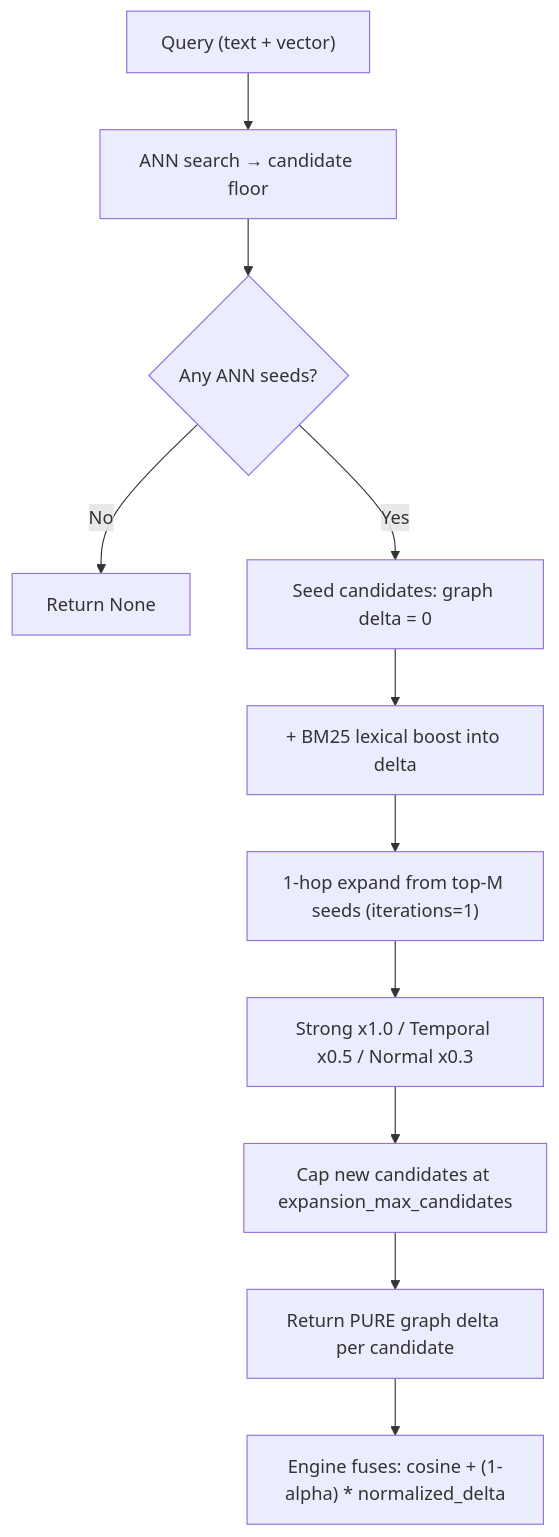
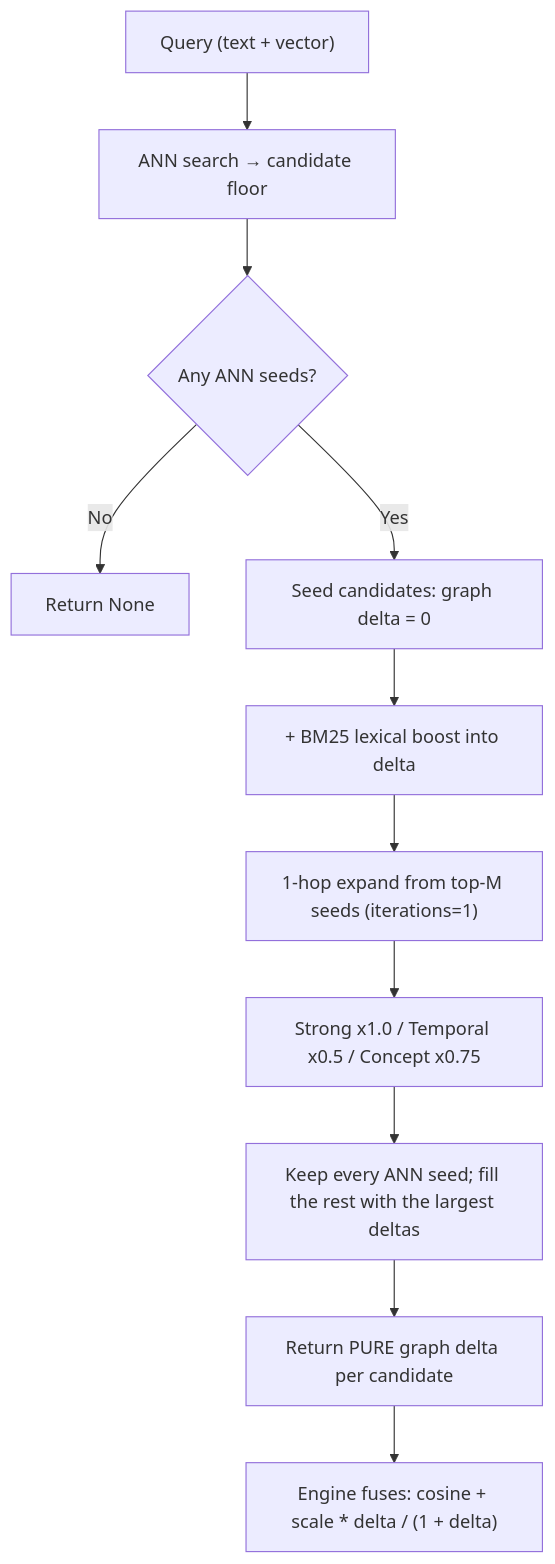
The second of 4 diagrams in docs/cognitive_graph.md (jatin711-debug/TurboSupermemory), drawn with Mermaid before and after one commit. The commit also changed other lines of this file and 7 other files, not shown here.

First line of the commit message:
docs: describe the calibrated graph boost, local embedders and idle consolidation

````diff
--- a/docs/cognitive_graph.md
+++ b/docs/cognitive_graph.md
@@ -93,13 +94,13 @@
 ```mermaid
 flowchart TD
     Start["Query (text + vector)"] --> ANN["ANN search → candidate floor"]
     ANN --> EmptyCheck{"Any ANN seeds?"}
     EmptyCheck -- "No" --> ExitNone["Return None"]
     EmptyCheck -- "Yes" --> Floor["Seed candidates: graph delta = 0"]
     Floor --> BM25["+ BM25 lexical boost into delta"]
     BM25 --> Expand["1-hop expand from top-M seeds (iterations=1)"]
-    Expand --> Pools["Strong x1.0 / Temporal x0.5 / Normal x0.3"]
-    Pools --> Cap["Cap new candidates at expansion_max_candidates"]
+    Expand --> Pools["Strong x1.0 / Temporal x0.5 / Concept x0.75"]
+    Pools --> Cap["Keep every ANN seed; fill the rest with the largest deltas"]
     Cap --> Return["Return PURE graph delta per candidate"]
-    Return --> Fuse["Engine fuses: cosine + (1-alpha) * normalized_delta"]
+    Return --> Fuse["Engine fuses: cosine + scale * delta / (1 + delta)"]
 ```
````
